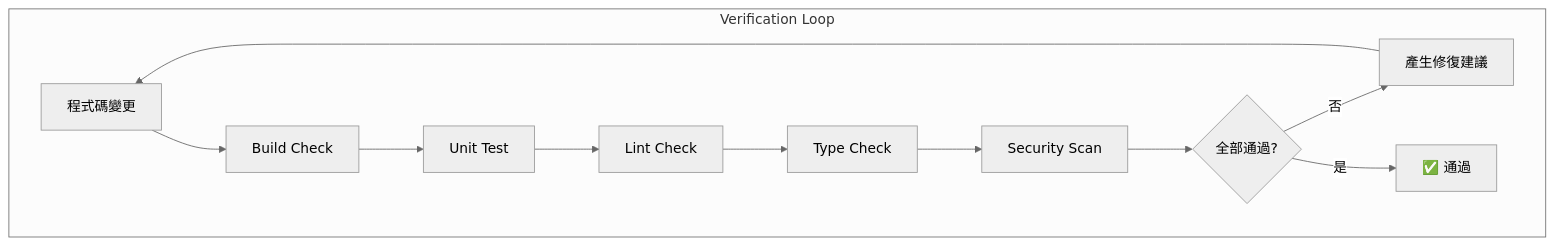
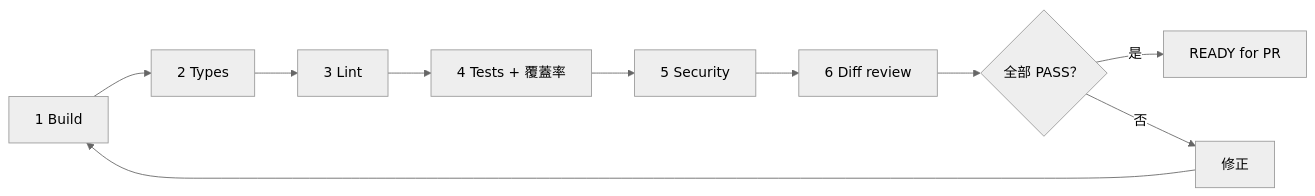
Diagram 15 of 29 in content/posts/教學/AI開發/Everything Claude Code 教學手冊.md (chihhung/Blog), drawn with Mermaid (neutral theme) before and after one commit. The commit also changed other lines of this file, not shown here.

````diff
--- a/content/posts/教學/AI開發/Everything Claude Code 教學手冊.md
+++ b/content/posts/教學/AI開發/Everything Claude Code 教學手冊.md
@@ -2541,14 +2793,12 @@
 ```mermaid
-graph TD
-    subgraph "Verification Loop"
-        A["程式碼變更"] --> B["Build Check"]
-        B --> C["Unit Test"]
-        C --> D["Lint Check"]
-        D --> E["Type Check"]
-        E --> F["Security Scan"]
-        F --> G{全部通過?}
-        G -->|否| H["產生修復建議"]
-        H --> A
-        G -->|是| I["✅ 通過"]
-    end
+graph LR
+    B["1 Build"] --> T["2 Types"]
+    T --> L["3 Lint"]
+    L --> U["4 Tests + 覆蓋率"]
+    U --> S["5 Security"]
+    S --> D["6 Diff review"]
+    D --> R{"全部 PASS？"}
+    R -->|是| Ready["READY for PR"]
+    R -->|否| Fix["修正"]
+    Fix --> B
 ```
````
